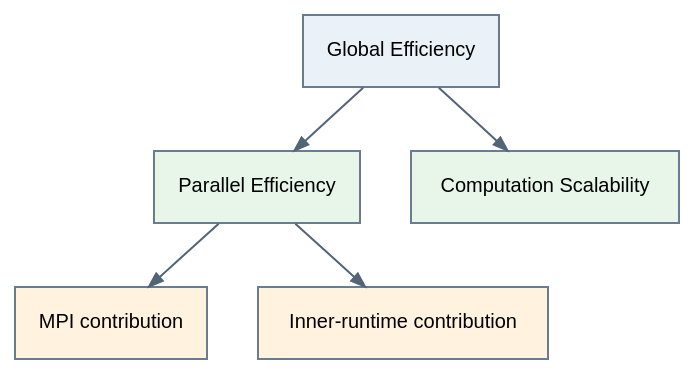
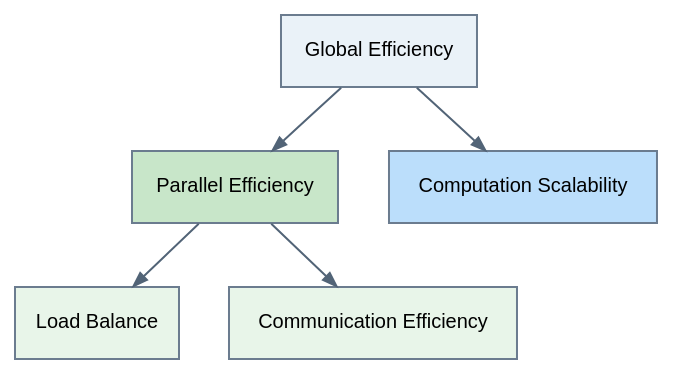
One commit to bsc-performance-tools/basicanalysis changed the first of 12 diagrams in doc/source/05_methodology.rst. Above: the diagram before and after it, drawn with Graphviz. The commit also changed other lines of this file and 2 other files, not shown here.

```diff
--- a/doc/source/05_methodology.rst
+++ b/doc/source/05_methodology.rst
@@ -90,58 +79,58 @@
 .. graphviz::
    :align: center
 
-   digraph EfficiencyHierarchy {
+   digraph BaseEfficiencyHierarchy {
        rankdir=TB;
 
        graph [
            bgcolor="transparent",
            nodesep=0.35,
            ranksep=0.45
        ];
 
        node [
            shape=box,
            fontname="Helvetica",
            fontsize=10,
            style="filled",
            color="#6B7C8F",
            penwidth=1.0
        ];
 
        edge [
            color="#526477",
            penwidth=1.0,
            arrowsize=0.7
        ];
 
        global [
            label="Global Efficiency",
            fillcolor="#EAF2F8"
        ];
 
-       parallel [
-           label="Parallel Efficiency",
-           fillcolor="#E8F5E9"
-       ];
+        parallel [
+            label="Parallel Efficiency",
+            fillcolor="#C8E6C9"
+        ];
 
-         mpi_runtime [
-            label="MPI contribution",
-            fillcolor="#FFF3E0"
-         ];
+        comp [
+            label="Computation Scalability",
+            fillcolor="#BBDEFB"
+        ];
 
-         inner_runtime [
-            label="Inner-runtime contribution",
-            fillcolor="#FFF3E0"
-         ];
+        lb [
+            label="Load Balance",
+            fillcolor="#E8F5E9"
+        ];
 
-       comp [
-           label="Computation Scalability",
-           fillcolor="#E8F5E9"
-       ];
+        comm [
+            label="Communication Efficiency",
+            fillcolor="#E8F5E9"
+        ];
 
        global -> parallel;
        global -> comp;
 
-       parallel -> mpi_runtime;
-       parallel -> inner_runtime;
+       parallel -> lb;
+       parallel -> comm;
    }
```
